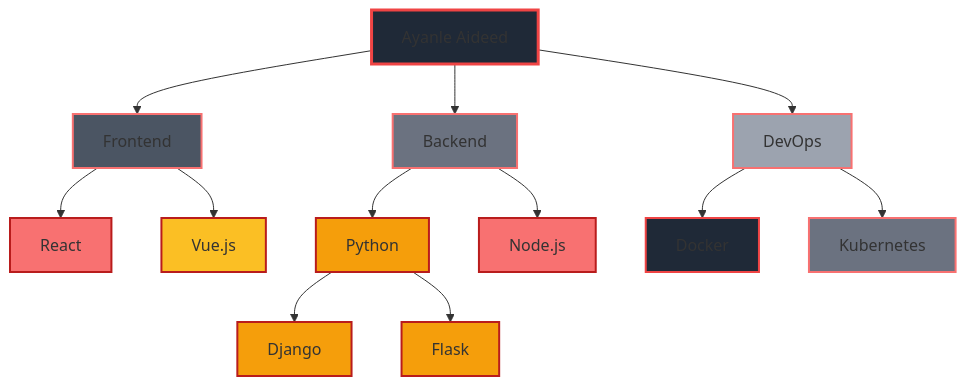
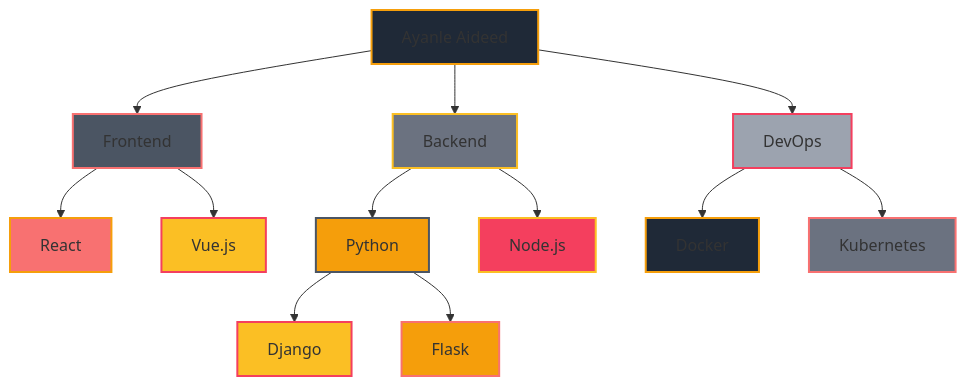
One commit to Ayanleaideed/Ayanleaideed changed the diagram in README.md. Above: the diagram before and after it, drawn with Mermaid. The commit also changed other lines of this file, not shown here.

````diff
--- a/README.md
+++ b/README.md
@@ -113,27 +114,29 @@
 ```mermaid
 graph TD
     A[Ayanle Aideed] --> B[Frontend]
     A --> C[Backend]
     A --> D[DevOps]
     B --> E[React]
     B --> F[Vue.js]
     C --> G[Python]
     C --> H[Node.js]
     D --> I[Docker]
     D --> J[Kubernetes]
     G --> L[Django]
     G --> M[Flask]
-    style A fill:#1F2937,stroke:#EF4444,stroke-width:3px
+
+    style A fill:#1F2937,stroke:#F59E0B,stroke-width:2px
     style B fill:#4B5563,stroke:#F87171,stroke-width:2px
-    style C fill:#6B7280,stroke:#F87171,stroke-width:2px
-    style D fill:#9CA3AF,stroke:#F87171,stroke-width:2px
-    style E fill:#F87171,stroke:#B91C1C,stroke-width:2px
-    style F fill:#FBBF24,stroke:#B91C1C,stroke-width:2px
-    style G fill:#F59E0B,stroke:#B91C1C,stroke-width:2px
-    style H fill:#F87171,stroke:#B91C1C,stroke-width:2px
-    style I fill:#1F2937,stroke:#EF4444,stroke-width:2px
+    style C fill:#6B7280,stroke:#FBBF24,stroke-width:2px
+    style D fill:#9CA3AF,stroke:#F43F5E,stroke-width:2px
+    style E fill:#F87171,stroke:#F59E0B,stroke-width:2px
+    style F fill:#FBBF24,stroke:#F43F5E,stroke-width:2px
+    style G fill:#F59E0B,stroke:#4B5563,stroke-width:2px
+    style H fill:#F43F5E,stroke:#FBBF24,stroke-width:2px
+    style I fill:#1F2937,stroke:#F59E0B,stroke-width:2px
     style J fill:#6B7280,stroke:#F87171,stroke-width:2px
-    style L fill:#F59E0B,stroke:#B91C1C,stroke-width:2px
-    style M fill:#F59E0B,stroke:#B91C1C,stroke-width:2px
+    style L fill:#FBBF24,stroke:#F43F5E,stroke-width:2px
+    style M fill:#F59E0B,stroke:#F87171,stroke-width:2px
+
 
 ```
````
